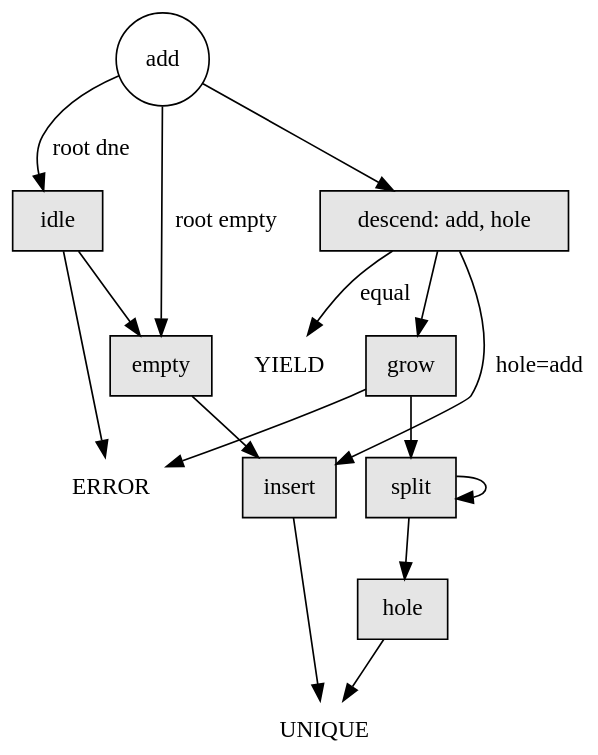
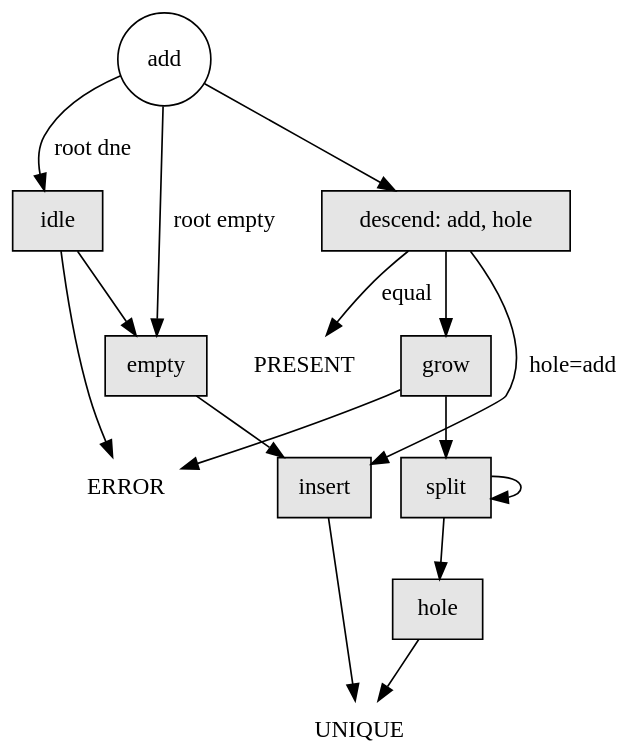
The diagram in doc/add.gv (neil-edelman/boxes), drawn with Graphviz before and after one commit. The commit also changed 3 other files, not shown here.

```diff
--- a/doc/add.gv
+++ b/doc/add.gv
@@ -1,27 +1,27 @@
 digraph {
 	graph [truecolor=true, bgcolor=transparent, fontname="Bitstream Vera Sans"];
 	node [shape=box, style=filled, fontname="Bitstream Vera Sans", fillcolor="Grey90"];
 	edge [fontname="Bitstream Vera Sans"];
 
 	add [shape=circle, style=none];
 
 	error [label="ERROR", shape=none, style=none];
 	unique [label="UNIQUE", shape=none, style=none];
-	yield [label="YIELD", shape=none, style=none];
+	present [label="PRESENT", shape=none, style=none];
 	descend [label="descend: add, hole"];
 
 	idle -> error;
 	add -> idle [label="root dne"];
 	add -> empty [label="root empty"];
 	add -> descend;
 	idle -> empty;
 	empty -> insert;
-	descend -> yield [label="equal"];
+	descend -> present [label="equal"];
 	descend -> insert [label="hole=add"];
 	descend -> grow;
 	grow -> split;
 	grow -> error;
 	split -> split;
 	split -> hole -> unique;
 	insert -> unique;
 }
```
